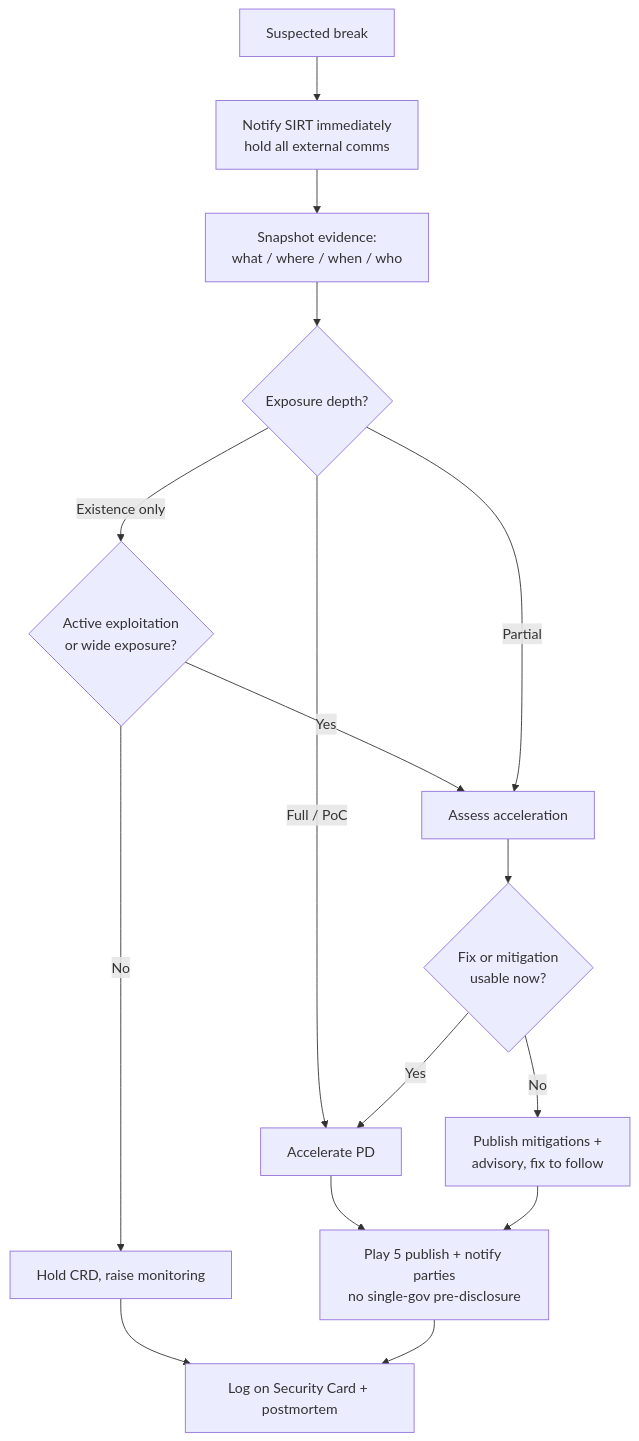
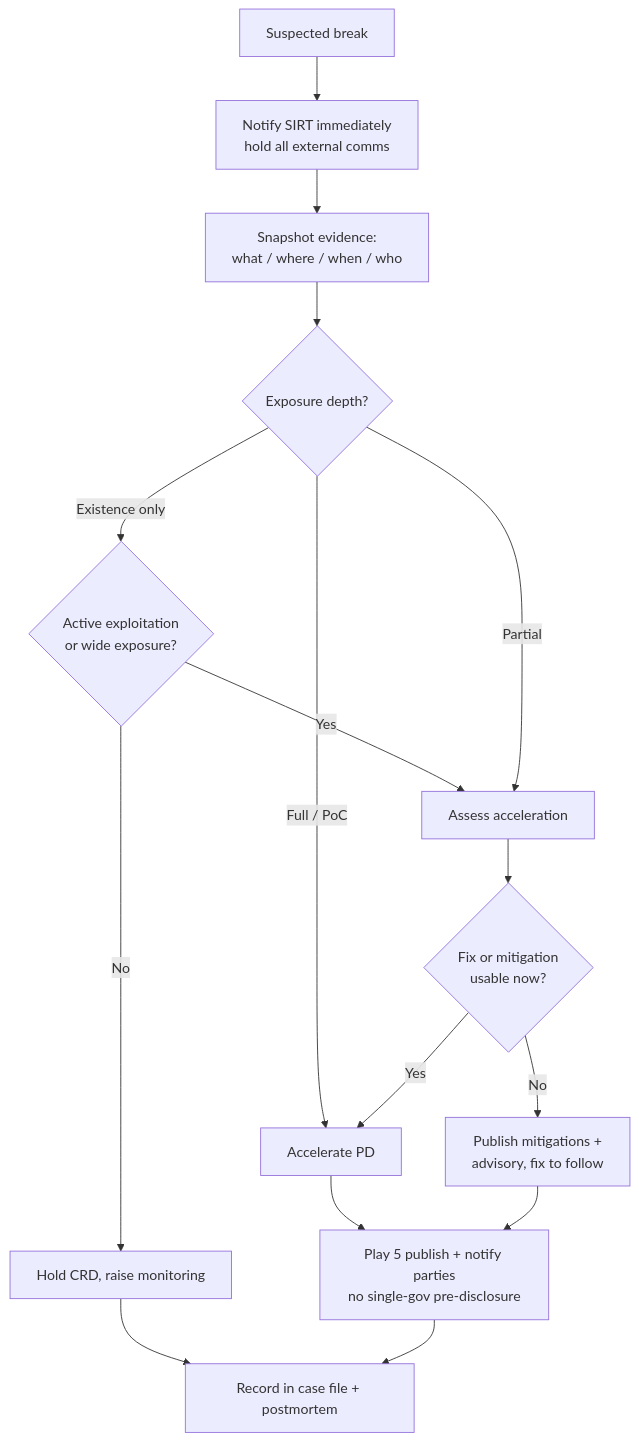
Before and after one commit to Akrites-Foundation/SIRT: the second of 2 diagrams in docs/what-counts-as-public-disclosure.md, drawn with Mermaid. The commit also changed other lines of this file, not shown here.

````diff
--- a/docs/what-counts-as-public-disclosure.md
+++ b/docs/what-counts-as-public-disclosure.md
@@ -244,18 +239,18 @@
 ```mermaid
 flowchart TD
     A[Suspected break] --> B[Notify SIRT immediately<br/>hold all external comms]
     B --> C[Snapshot evidence:<br/>what / where / when / who]
     C --> D{Exposure depth?}
     D -- Existence only --> E{Active exploitation<br/>or wide exposure?}
     E -- No --> F[Hold CRD, raise monitoring]
     E -- Yes --> G[Assess acceleration]
     D -- Partial --> G
     D -- Full / PoC --> H[Accelerate PD]
     G --> I{Fix or mitigation<br/>usable now?}
     I -- Yes --> H
     I -- No --> J[Publish mitigations +<br/>advisory, fix to follow]
     H --> K[Play 5 publish + notify parties<br/>no single-gov pre-disclosure]
     J --> K
-    F --> L[Log on Security Card + postmortem]
-    K --> L
+    F --> L[Record in case file + postmortem]
+    K --> L[Record in case file + postmortem]
 ```
````
